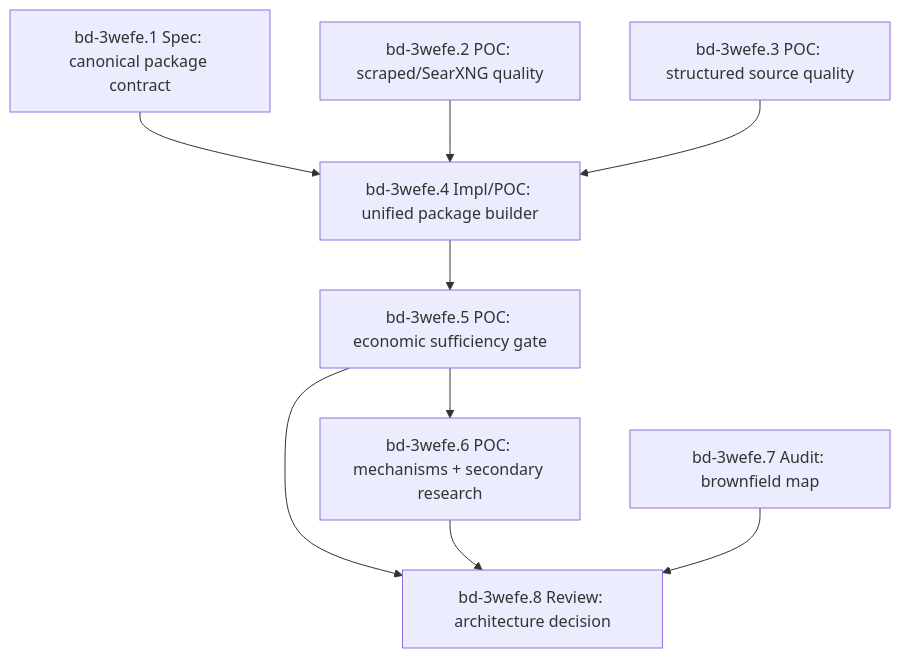
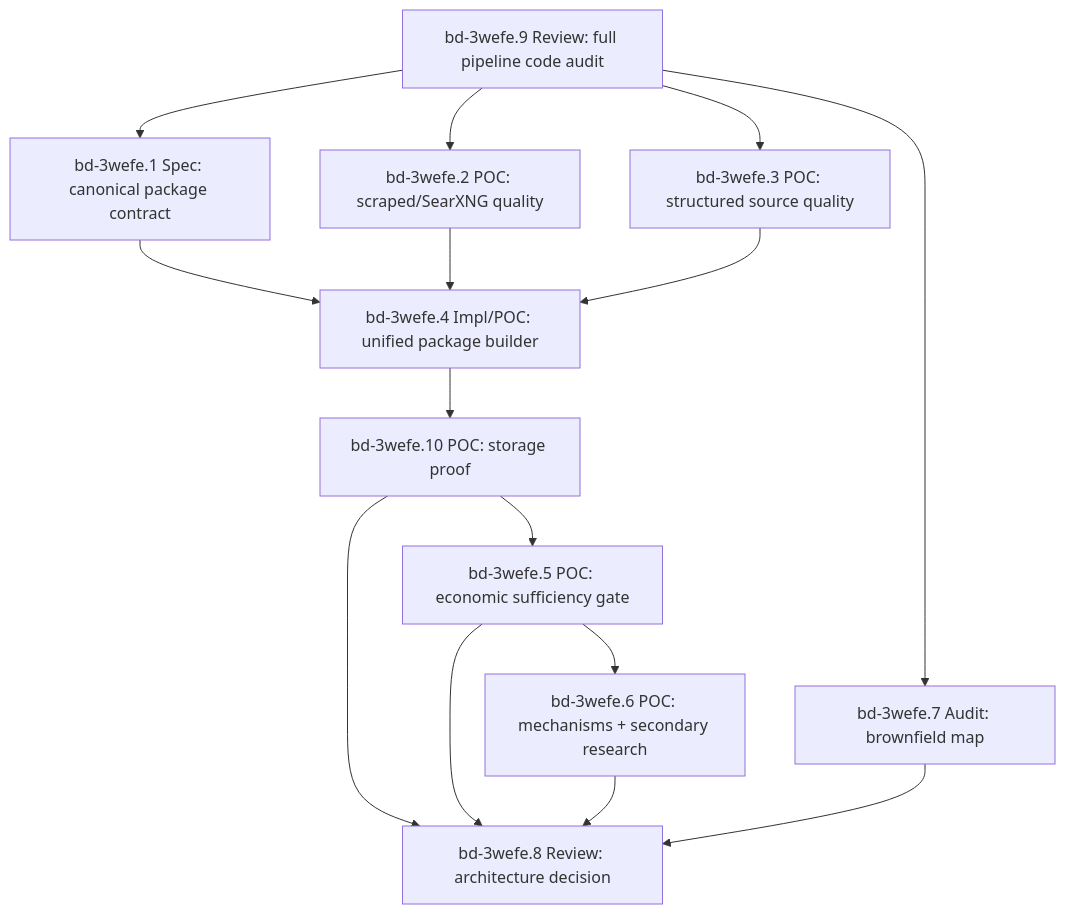
Before and after one commit to stars-end/affordabot: the diagram in docs/specs/2026-04-14-evidence-package-dependency-lockdown.md, drawn with Mermaid. The commit also changed other lines of this file and 1 other file, not shown here.

First line of the commit message:
bd-3wefe: add full pipeline audit gate

````diff
--- a/docs/specs/2026-04-14-evidence-package-dependency-lockdown.md
+++ b/docs/specs/2026-04-14-evidence-package-dependency-lockdown.md
@@ -49,20 +55,28 @@
 ```mermaid
 flowchart TD
+    T9["bd-3wefe.9 Review: full pipeline code audit"]
     T1["bd-3wefe.1 Spec: canonical package contract"]
     T2["bd-3wefe.2 POC: scraped/SearXNG quality"]
     T3["bd-3wefe.3 POC: structured source quality"]
     T4["bd-3wefe.4 Impl/POC: unified package builder"]
+    T10["bd-3wefe.10 POC: storage proof"]
     T5["bd-3wefe.5 POC: economic sufficiency gate"]
     T6["bd-3wefe.6 POC: mechanisms + secondary research"]
     T7["bd-3wefe.7 Audit: brownfield map"]
     T8["bd-3wefe.8 Review: architecture decision"]
 
+    T9 --> T1
+    T9 --> T2
+    T9 --> T3
+    T9 --> T7
     T1 --> T4
     T2 --> T4
     T3 --> T4
-    T4 --> T5
+    T4 --> T10
+    T10 --> T5
+    T10 --> T8
     T5 --> T6
     T5 --> T8
     T6 --> T8
     T7 --> T8
 ```
````
